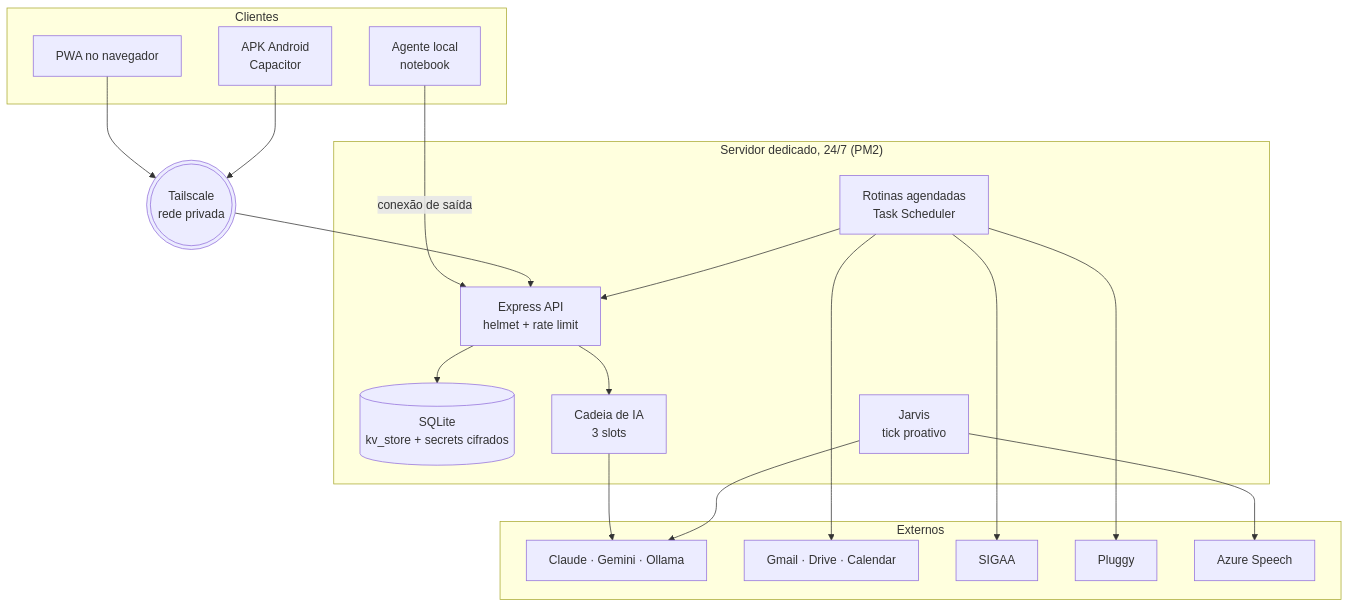
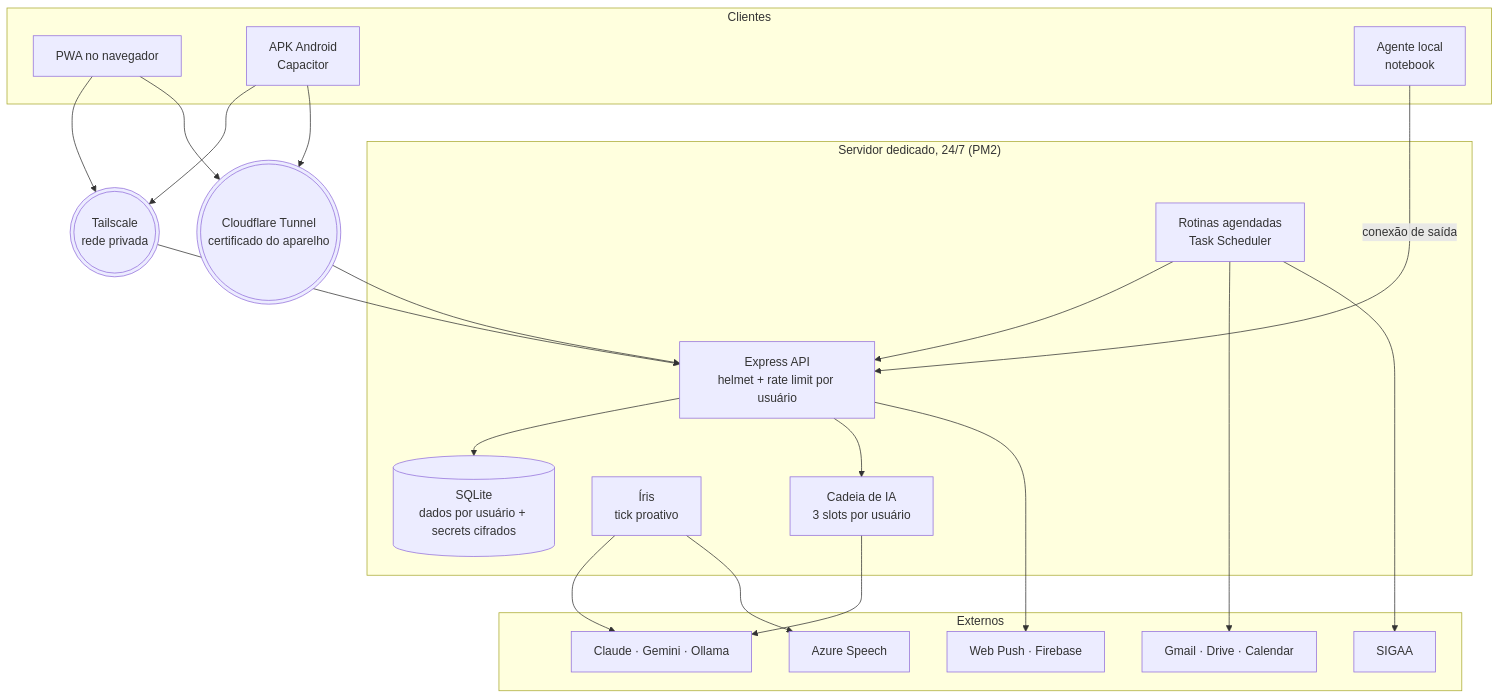
One commit to bernardo-dos-santos/hub-pessoal-app changed the second of 2 diagrams in README.md. Above: the diagram before and after it, drawn with Mermaid. The commit also changed other lines of this file and 488 other files, not shown here.

````diff
--- a/README.md
+++ b/README.md
@@ -72,39 +84,43 @@
 ```mermaid
 flowchart TB
     subgraph Clientes
         PWA[PWA no navegador]
         APK[APK Android<br/>Capacitor]
         AG[Agente local<br/>notebook]
     end
 
     TS(((Tailscale<br/>rede privada)))
+    CF(((Cloudflare Tunnel<br/>certificado do aparelho)))
 
     subgraph Servidor["Servidor dedicado, 24/7 (PM2)"]
-        API[Express API<br/>helmet + rate limit]
-        DB[(SQLite<br/>kv_store + secrets cifrados)]
+        API[Express API<br/>helmet + rate limit por usuário]
+        DB[(SQLite<br/>dados por usuário + secrets cifrados)]
         JOBS[Rotinas agendadas<br/>Task Scheduler]
-        JV[Jarvis<br/>tick proativo]
-        CH[Cadeia de IA<br/>3 slots]
+        IR[Íris<br/>tick proativo]
+        CH[Cadeia de IA<br/>3 slots por usuário]
     end
 
     subgraph Externos
         LLM[Claude · Gemini · Ollama]
         GG[Gmail · Drive · Calendar]
         SG[SIGAA]
-        PL[Pluggy]
+        FCM[Web Push · Firebase]
         AZ[Azure Speech]
     end
 
     PWA --> TS
     APK --> TS
+    PWA --> CF
+    APK --> CF
     AG -- conexão de saída --> API
     TS --> API
+    CF --> API
     API --> DB
     API --> CH --> LLM
-    JV --> LLM
+    IR --> LLM
     JOBS --> API
     JOBS --> GG
     JOBS --> SG
-    JOBS --> PL
-    JV --> AZ
+    API --> FCM
+    IR --> AZ
 ```
````
